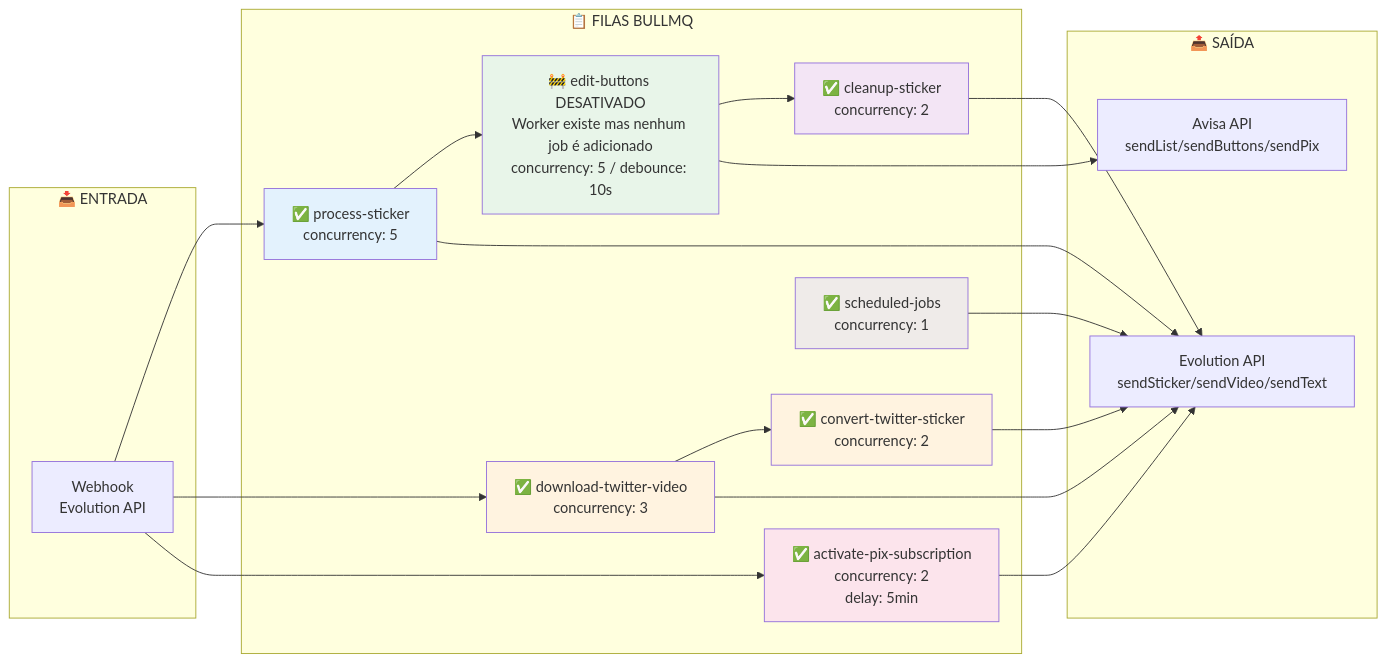
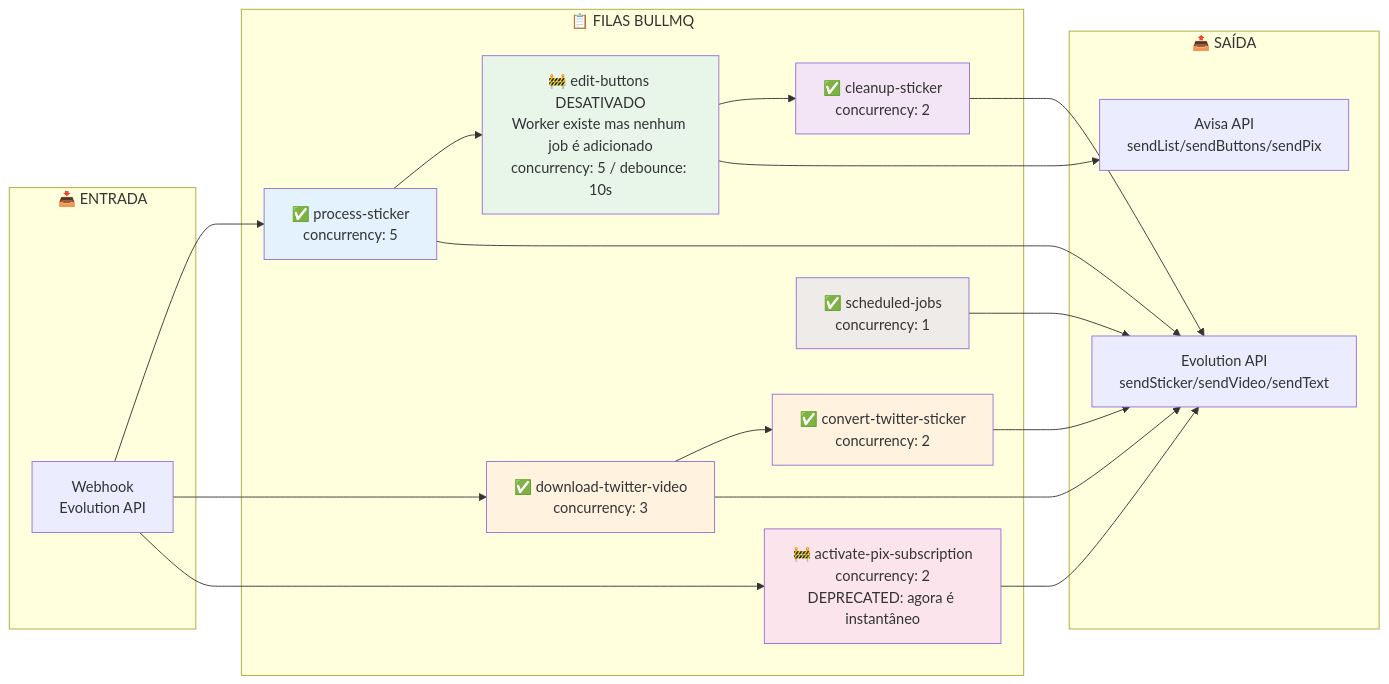
Before and after one commit to reisspaulo/sticker: the eighth of 24 diagrams in docs/architecture/FLOWCHARTS.md, drawn with Mermaid. The commit also changed other lines of this file and 2 other files, not shown here.

First line of the commit message:
fix: instant PIX activation and correct daily_limit on subscription

````diff
--- a/docs/architecture/FLOWCHARTS.md
+++ b/docs/architecture/FLOWCHARTS.md
@@ -432,45 +429,45 @@
 ```mermaid
 flowchart LR
     subgraph entrada["📥 ENTRADA"]
         WH[Webhook<br/>Evolution API]
     end
 
     subgraph filas["📋 FILAS BULLMQ"]
         Q1[✅ process-sticker<br/>concurrency: 5]
         Q2[✅ download-twitter-video<br/>concurrency: 3]
         Q3[✅ convert-twitter-sticker<br/>concurrency: 2]
         Q4[✅ cleanup-sticker<br/>concurrency: 2]
         Q5[🚧 edit-buttons DESATIVADO<br/>Worker existe mas nenhum job é adicionado<br/>concurrency: 5 / debounce: 10s]
-        Q6[✅ activate-pix-subscription<br/>concurrency: 2<br/>delay: 5min]
+        Q6[🚧 activate-pix-subscription<br/>concurrency: 2<br/>DEPRECATED: agora é instantâneo]
         Q7[✅ scheduled-jobs<br/>concurrency: 1]
     end
 
     subgraph saida["📤 SAÍDA"]
         EV[Evolution API<br/>sendSticker/sendVideo/sendText]
         AV[Avisa API<br/>sendList/sendButtons/sendPix]
     end
 
     WH --> Q1
     WH --> Q2
     WH --> Q6
 
     Q1 --> Q5
     Q2 --> Q3
     Q5 --> Q4
 
     Q1 --> EV
     Q2 --> EV
     Q3 --> EV
     Q4 --> EV
     Q5 --> AV
     Q6 --> EV
     Q7 --> EV
 
     style Q1 fill:#e3f2fd
     style Q2 fill:#fff3e0
     style Q3 fill:#fff3e0
     style Q4 fill:#f3e5f5
     style Q5 fill:#e8f5e9
     style Q6 fill:#fce4ec
     style Q7 fill:#efebe9
 ```
````
